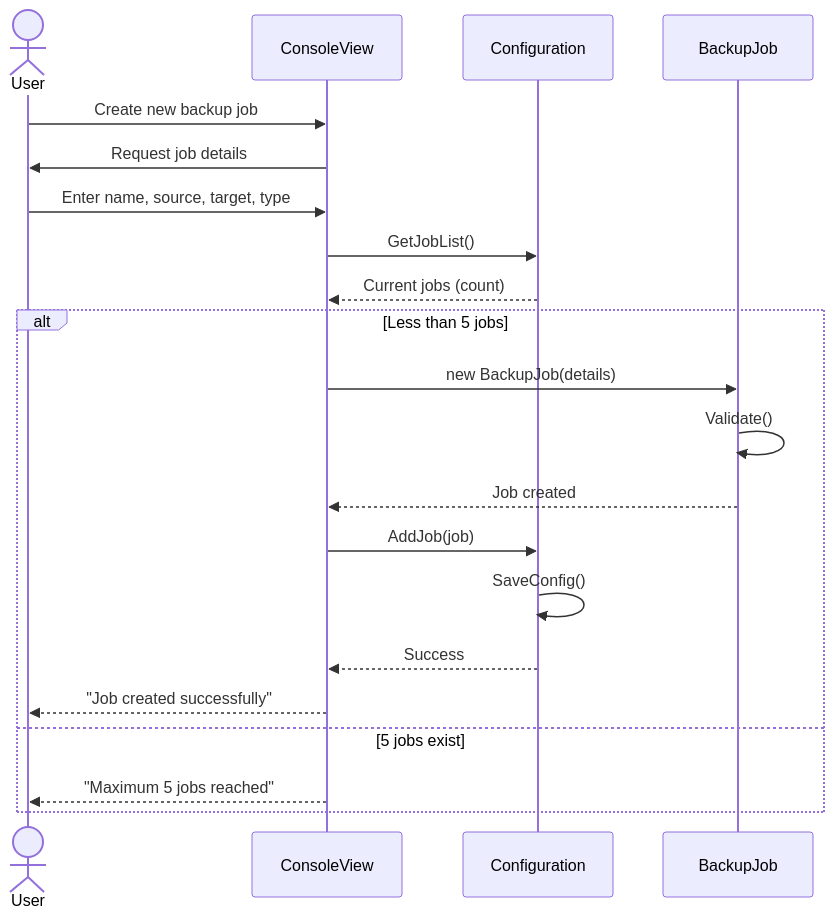
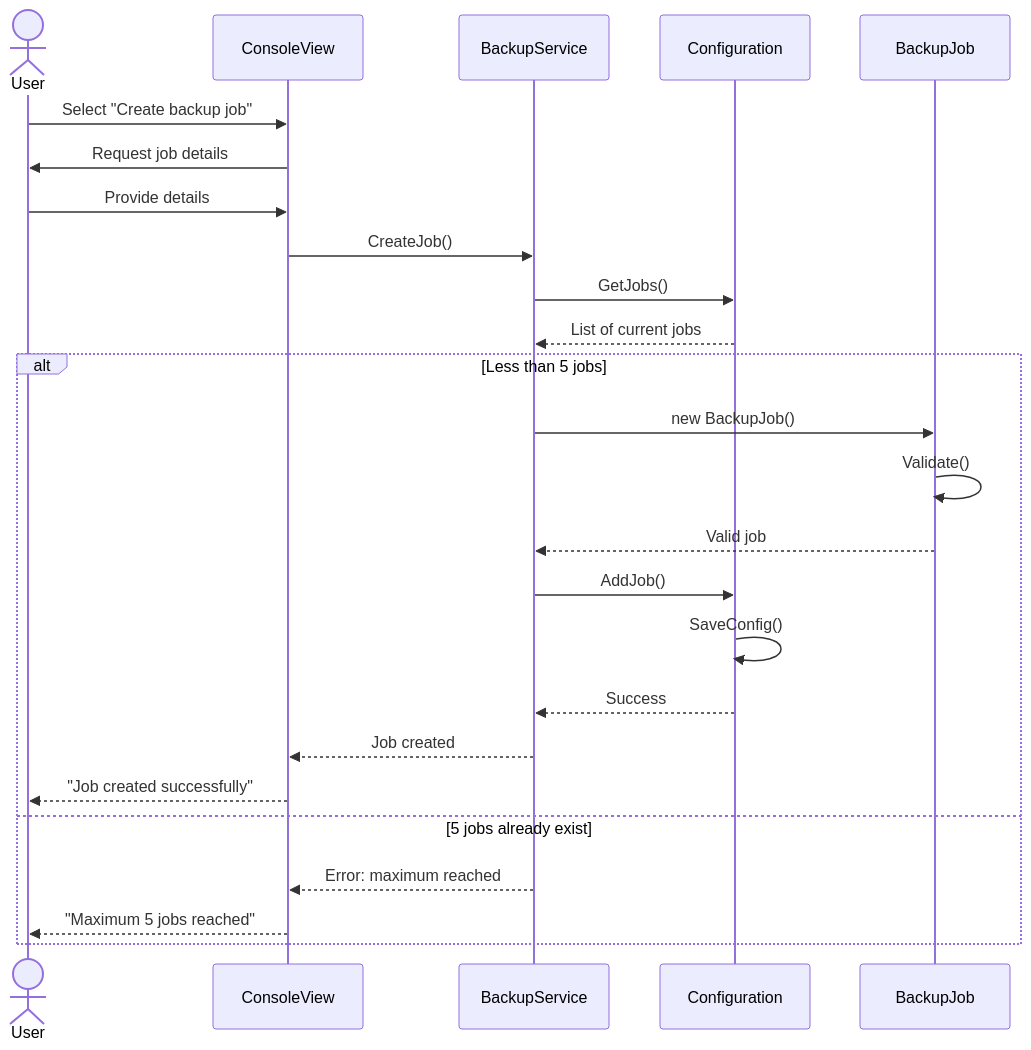
One commit to Groupe1-Prosoft/EasySave changed the third of 8 diagrams in Diagrams/UML.md. Above: the diagram before and after it, drawn with Mermaid. The commit also changed other lines of this file, not shown here.

First line of the commit message:
Refactor UML diagrams for EasySave 1.0

````diff
--- a/Diagrams/UML.md
+++ b/Diagrams/UML.md
@@ -194,29 +193,32 @@
 ```mermaid
 sequenceDiagram
     actor User
     participant ConsoleView
+    participant BackupService
     participant Configuration
     participant BackupJob
-    
-    User->>ConsoleView: Create new backup job
+
+    User->>ConsoleView: Select "Create backup job"
     ConsoleView->>User: Request job details
-    User->>ConsoleView: Enter name, source, target, type
-    
-    ConsoleView->>Configuration: GetJobList()
-    Configuration-->>ConsoleView: Current jobs (count)
-    
+    User->>ConsoleView: Provide details
+
+    ConsoleView->>BackupService: CreateJob()
+    BackupService->>Configuration: GetJobs()
+    Configuration-->>BackupService: List of current jobs
+
     alt Less than 5 jobs
-        ConsoleView->>BackupJob: new BackupJob(details)
+        BackupService->>BackupJob: new BackupJob()
         BackupJob->>BackupJob: Validate()
-        BackupJob-->>ConsoleView: Job created
-        
-        ConsoleView->>Configuration: AddJob(job)
+        BackupJob-->>BackupService: Valid job
+
+        BackupService->>Configuration: AddJob()
         Configuration->>Configuration: SaveConfig()
-        Configuration-->>ConsoleView: Success
-        
+        Configuration-->>BackupService: Success
+
+        BackupService-->>ConsoleView: Job created
         ConsoleView-->>User: "Job created successfully"
-    else 5 jobs exist
+    else 5 jobs already exist
+        BackupService-->>ConsoleView: Error: maximum reached
         ConsoleView-->>User: "Maximum 5 jobs reached"
     end
-    
 ```
````
